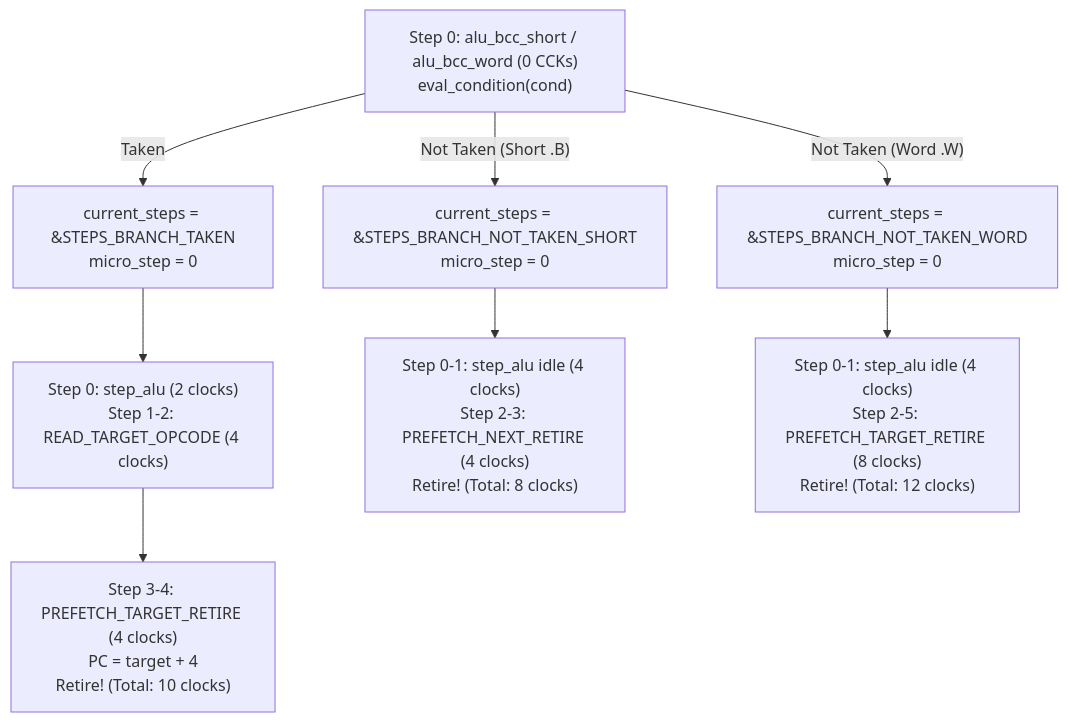
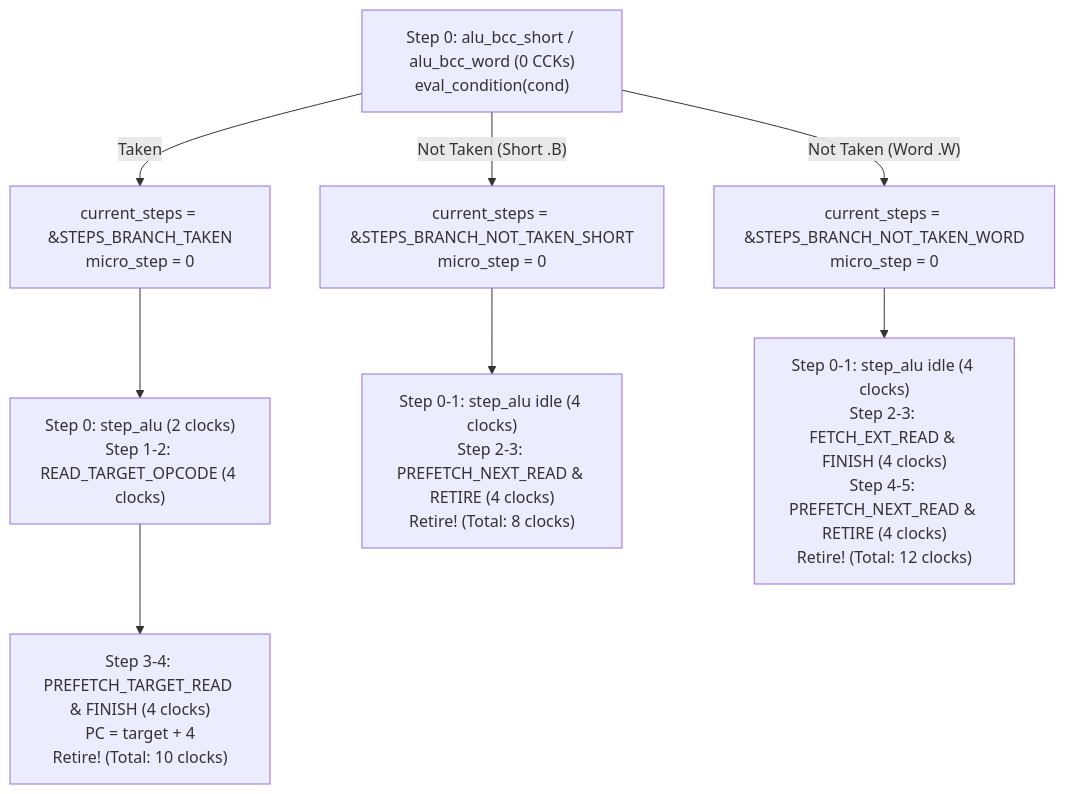
The first of 4 diagrams in Obsidian/Amiga/Design/CPU Micro-Step State Machine.md (tomek-anuszkiewicz/amiga-studio), drawn with Mermaid before and after one commit. The commit also changed other lines of this file and 18 other files, not shown here.

````diff
--- a/Obsidian/Amiga/Design/CPU Micro-Step State Machine.md
+++ b/Obsidian/Amiga/Design/CPU Micro-Step State Machine.md
@@ -297,14 +336,14 @@
 ```mermaid
 flowchart TD
     Eval["Step 0: alu_bcc_short / alu_bcc_word (0 CCKs)<br/>eval_condition(cond)"]
     
     Eval -- "Taken" --> TakenPath["current_steps = &STEPS_BRANCH_TAKEN<br/>micro_step = 0"]
     TakenPath --> Refill1["Step 0: step_alu (2 clocks)<br/>Step 1-2: READ_TARGET_OPCODE (4 clocks)"]
-    Refill1 --> Refill2["Step 3-4: PREFETCH_TARGET_RETIRE (4 clocks)<br/>PC = target + 4<br/>Retire! (Total: 10 clocks)"]
+    Refill1 --> Refill2["Step 3-4: PREFETCH_TARGET_READ & FINISH (4 clocks)<br/>PC = target + 4<br/>Retire! (Total: 10 clocks)"]
     
     Eval -- "Not Taken (Short .B)" --> NotTakenB["current_steps = &STEPS_BRANCH_NOT_TAKEN_SHORT<br/>micro_step = 0"]
-    NotTakenB --> SeqRetire["Step 0-1: step_alu idle (4 clocks)<br/>Step 2-3: PREFETCH_NEXT_RETIRE (4 clocks)<br/>Retire! (Total: 8 clocks)"]
+    NotTakenB --> SeqRetire["Step 0-1: step_alu idle (4 clocks)<br/>Step 2-3: PREFETCH_NEXT_READ & RETIRE (4 clocks)<br/>Retire! (Total: 8 clocks)"]
     
     Eval -- "Not Taken (Word .W)" --> NotTakenW["current_steps = &STEPS_BRANCH_NOT_TAKEN_WORD<br/>micro_step = 0"]
-    NotTakenW --> SkipExt["Step 0-1: step_alu idle (4 clocks)<br/>Step 2-5: PREFETCH_TARGET_RETIRE (8 clocks)<br/>Retire! (Total: 12 clocks)"]
+    NotTakenW --> SkipExt["Step 0-1: step_alu idle (4 clocks)<br/>Step 2-3: FETCH_EXT_READ & FINISH (4 clocks)<br/>Step 4-5: PREFETCH_NEXT_READ & RETIRE (4 clocks)<br/>Retire! (Total: 12 clocks)"]
 ```
````
